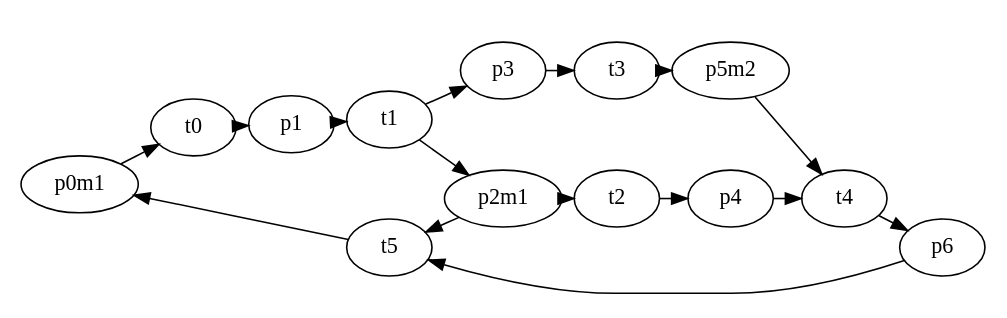
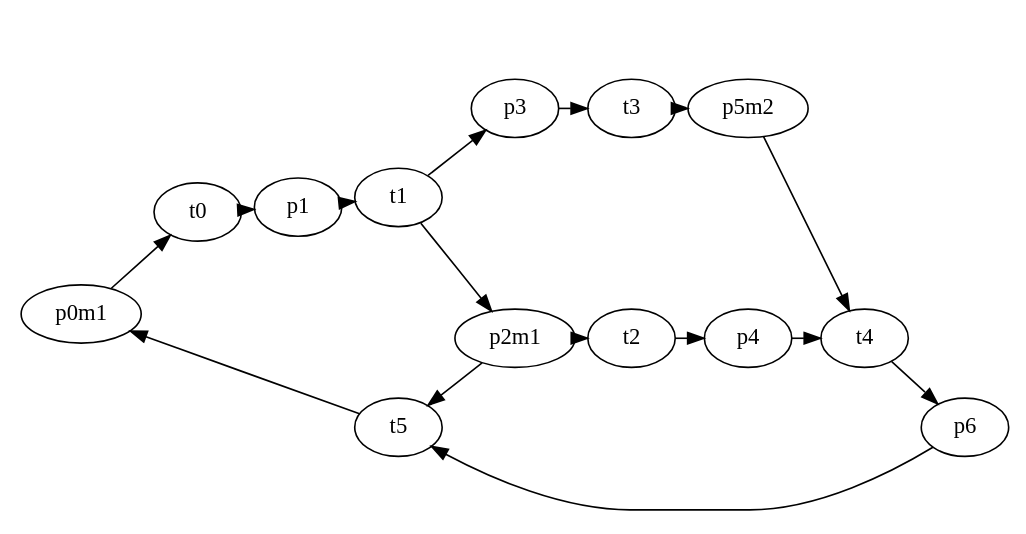
Before and after one commit to Accacio/docsTCC: the diagram in figures/petriNet/net/marked.dot, drawn with Graphviz. The commit also changed 9 other files, not shown here.

```diff
--- a/figures/petriNet/net/marked.dot
+++ b/figures/petriNet/net/marked.dot
@@ -1,44 +1,44 @@
 digraph A {
 // splines = ortho
 rankdir=LR;
 ratio=fill
 graph [pad="0.05", nodesep="0.15", ranksep="0.02"];
 margin=0;
-size="7,2!"
+size="7,3.5!"
 p0m1
 p1
 p2m1
 p3
 p4
 p5m2
 p6
 
 t0
 t1
 t2
 t3
 t4
 t5
 {rank="same";
 t1 t5
 
 }
 p0m1 -> t0
 p1 -> t1
 p2m1 -> t2
 p2m1 -> t5
 p3 -> t3
 p4 -> t4
 p5m2 -> t4
 p6 -> t5
 
 t5 -> p0m1
 
 t0 -> p1
 t1 -> p2m1
 t1 -> p3
 t2 -> p4
 t3 -> p5m2
 t4 -> p6
 
 }
```
